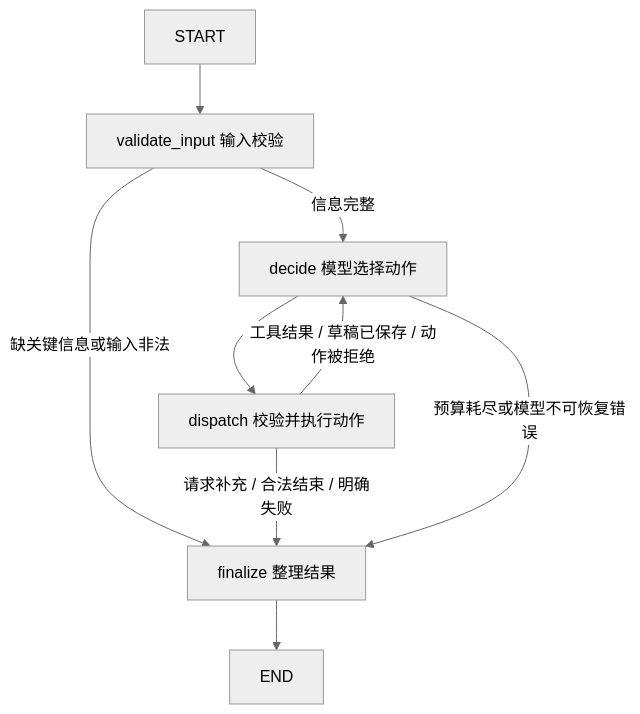
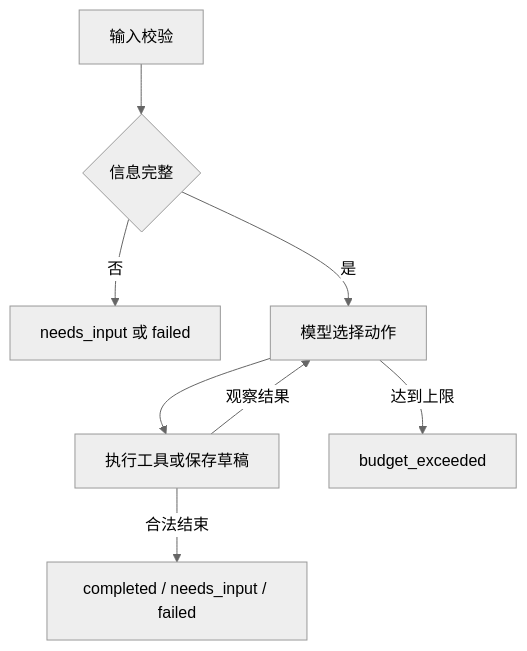
The diagram in docs/02-solution.md (yuyan-ai/Short-form-videos-script), drawn with Mermaid (neutral theme) before and after one commit. The commit also changed other lines of this file and 9 other files, not shown here.

````diff
--- a/docs/02-solution.md
+++ b/docs/02-solution.md
@@ -22,11 +13,10 @@
 ```mermaid
 flowchart TD
-    A[START] --> B[validate_input 输入校验]
-    B -->|信息完整| C[decide 模型选择动作]
-    B -->|缺关键信息或输入非法| F[finalize 整理结果]
-    C --> D[dispatch 校验并执行动作]
-    D -->|工具结果 / 草稿已保存 / 动作被拒绝| C
-    D -->|请求补充 / 合法结束 / 明确失败| F
-    C -->|预算耗尽或模型不可恢复错误| F
-    F --> E[END]
+    A[输入校验] --> B{信息完整}
+    B -->|否| C[needs_input 或 failed]
+    B -->|是| D[模型选择动作]
+    D --> E[执行工具或保存草稿]
+    E -->|观察结果| D
+    E -->|合法结束| F[completed / needs_input / failed]
+    D -->|达到上限| G[budget_exceeded]
 ```
````
